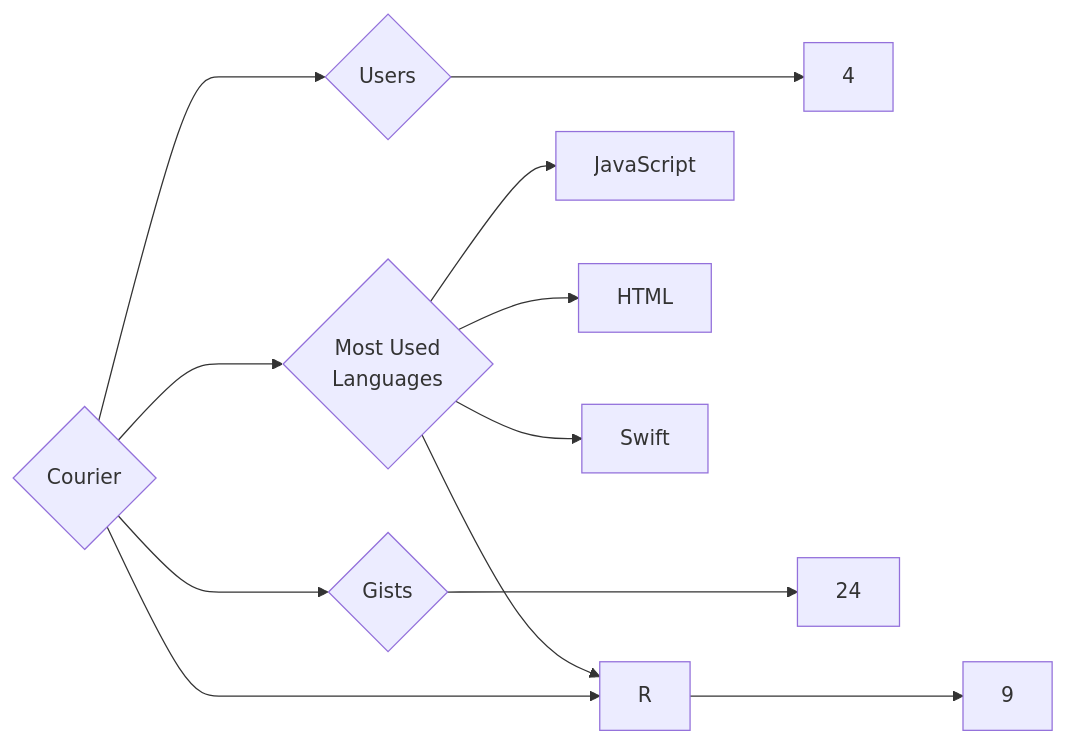
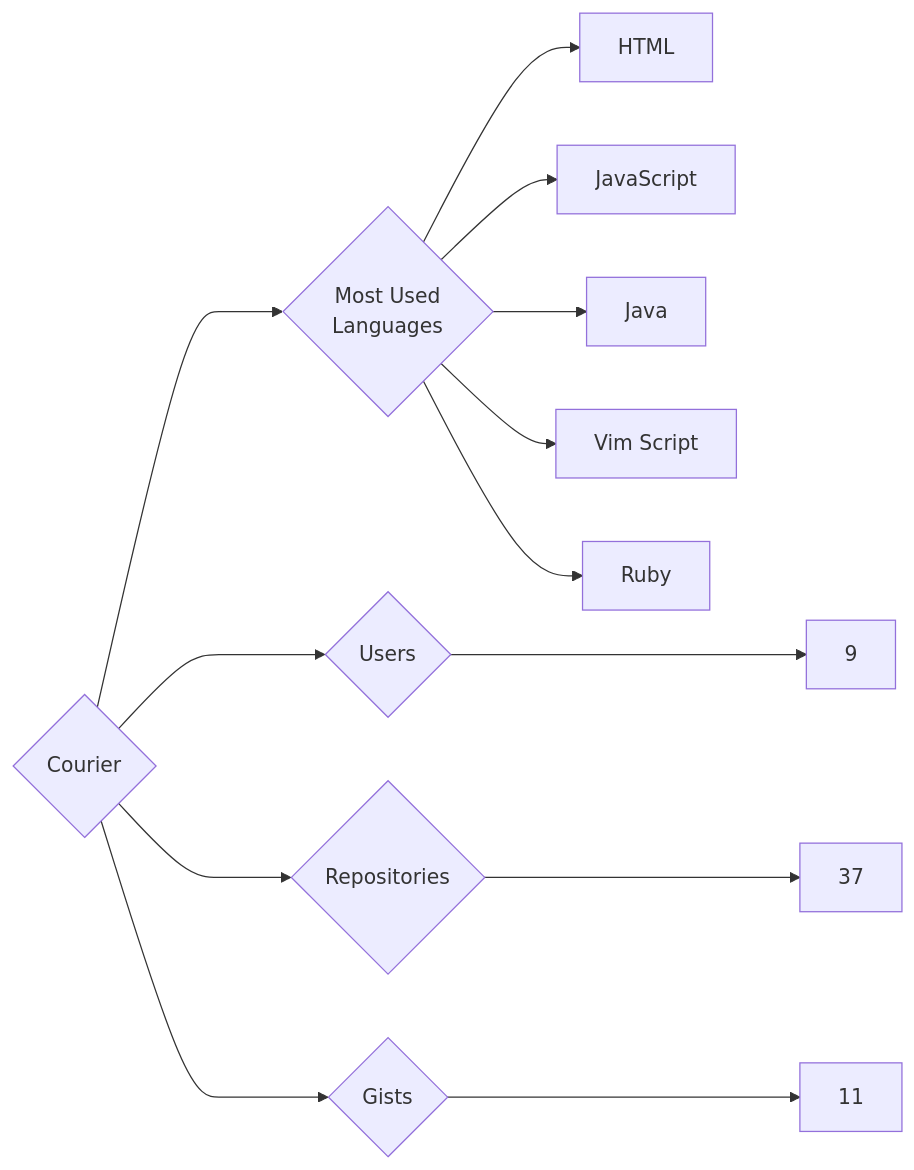
One commit to trickest/insiders changed the diagram in targets/Courier/README.md. Above: the diagram before and after it, drawn with Mermaid. The commit also changed 699 other files, not shown here.

````diff
--- a/targets/Courier/README.md
+++ b/targets/Courier/README.md
@@ -3,12 +3,13 @@
 ```mermaid
 graph LR
 COMPANY_NAME{Courier}
-COMPANY_NAME ---> U{Users} ---> UN[4]
-COMPANY_NAME ---> R{Repositories} ---> RN[9]
-COMPANY_NAME ---> G{Gists} ---> GN[24]
+COMPANY_NAME ---> U{Users} ---> UN[9]
+COMPANY_NAME ---> R{Repositories} ---> RN[37]
+COMPANY_NAME ---> G{Gists} ---> GN[11]
 COMPANY_NAME ---> ML{Most Used<br>Languages}
+ML --> HTML[HTML]
 ML --> JavaScript[JavaScript]
-ML --> HTML[HTML]
-ML --> Swift[Swift]
-ML --> R[R]
+ML --> Java[Java]
+ML --> Vim_Script[Vim Script]
+ML --> Ruby[Ruby]
 ```
````
